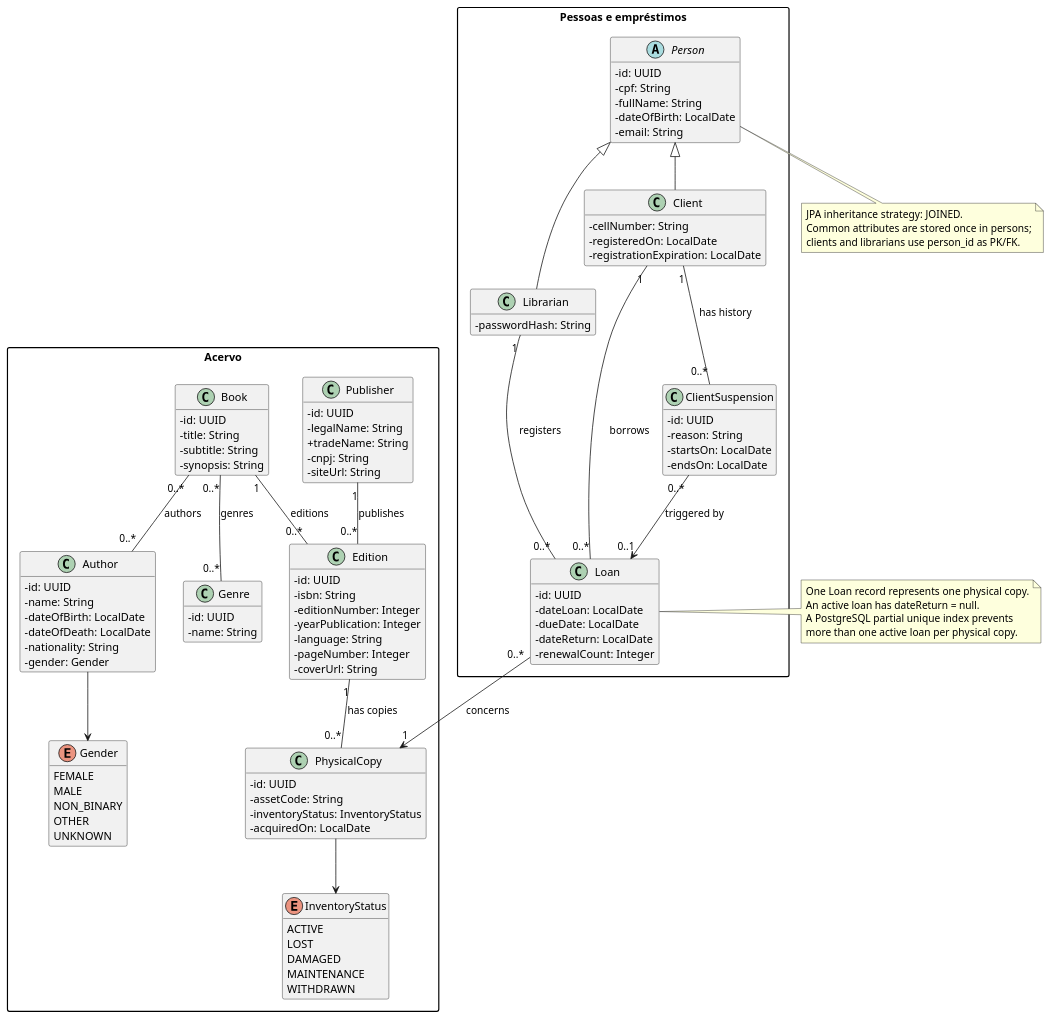
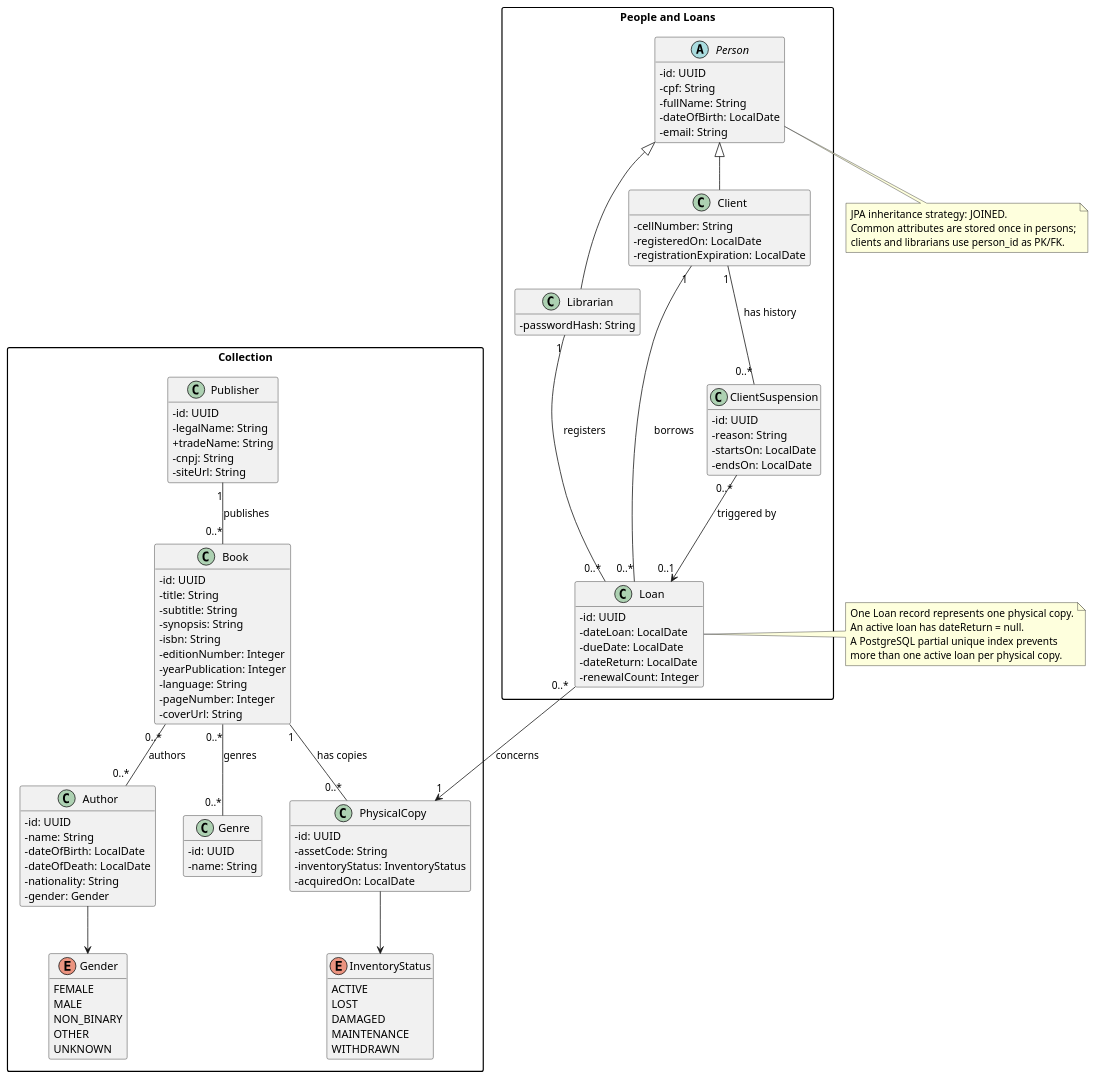
Before and after one commit to JoseCarlos67/BibliOneTeca-App: the diagram in docs/domain.puml, drawn with PlantUML. The commit also changed 5 other files, not shown here.

Commit message:
refactor: I made the decision to merge the Edition entity with the Book entity, in order to align with the project's objective

```diff
--- a/docs/domain.puml
+++ b/docs/domain.puml
@@ -1,120 +1,118 @@
 @startuml
 hide empty methods
 skinparam classAttributeIconSize 0
 skinparam packageStyle rectangle
 
-package "Acervo" {
+package "Collection" {
   class Book {
     -id: UUID
     -title: String
     -subtitle: String
     -synopsis: String
+    -isbn: String
+    -editionNumber: Integer
+    -yearPublication: Integer
+    -language: String
+    -pageNumber: Integer
+    -coverUrl: String
   }
   class Author {
     -id: UUID
     -name: String
     -dateOfBirth: LocalDate
     -dateOfDeath: LocalDate
     -nationality: String
     -gender: Gender
   }
   class Genre {
     -id: UUID
     -name: String
   }
   class Publisher {
     -id: UUID
     -legalName: String
     +tradeName: String
     -cnpj: String
     -siteUrl: String
   }
-  class Edition {
-    -id: UUID
-    -isbn: String
-    -editionNumber: Integer
-    -yearPublication: Integer
-    -language: String
-    -pageNumber: Integer
-    -coverUrl: String
-  }
   class PhysicalCopy {
     -id: UUID
     -assetCode: String
     -inventoryStatus: InventoryStatus
     -acquiredOn: LocalDate
   }
   enum InventoryStatus {
     ACTIVE
     LOST
     DAMAGED
     MAINTENANCE
     WITHDRAWN
   }
-enum Gender {
-FEMALE
-  MALE
-  NON_BINARY
-  OTHER
-  UNKNOWN
-}
+  enum Gender {
+    FEMALE
+    MALE
+    NON_BINARY
+    OTHER
+    UNKNOWN
+  }
+
   Book "0..*" -- "0..*" Author : authors
   Book "0..*" -- "0..*" Genre : genres
-  Book "1" -- "0..*" Edition : editions
-  Publisher "1" -- "0..*" Edition : publishes
-  Edition "1" -- "0..*" PhysicalCopy : has copies
+  Publisher "1" -- "0..*" Book : publishes
+  Book "1" -- "0..*" PhysicalCopy : has copies
   PhysicalCopy --> InventoryStatus
   Author --> Gender
 }
 
-package "Pessoas e empréstimos" {
+package "People and Loans" {
   abstract class Person {
     -id: UUID
     -cpf: String
     -fullName: String
     -dateOfBirth: LocalDate
     -email: String
   }
   class Librarian {
     -passwordHash: String
   }
   class Client {
     -cellNumber: String
     -registeredOn: LocalDate
     -registrationExpiration: LocalDate
   }
   class Loan {
     -id: UUID
     -dateLoan: LocalDate
     -dueDate: LocalDate
     -dateReturn: LocalDate
     -renewalCount: Integer
   }
   class ClientSuspension {
     -id: UUID
     -reason: String
     -startsOn: LocalDate
     -endsOn: LocalDate
   }
+
   Person <|-- Librarian
   Person <|-- Client
   Client "1" -- "0..*" Loan : borrows
   Librarian "1" -- "0..*" Loan : registers
   Loan "0..*" --> "1" PhysicalCopy : concerns
   Client "1" -- "0..*" ClientSuspension : has history
   ClientSuspension "0..*" --> "0..1" Loan : triggered by
 }
 
 note right of Loan
   One Loan record represents one physical copy.
   An active loan has dateReturn = null.
   A PostgreSQL partial unique index prevents
   more than one active loan per physical copy.
 end note
 
 note bottom of Person
   JPA inheritance strategy: JOINED.
   Common attributes are stored once in persons;
   clients and librarians use person_id as PK/FK.
 end note
 @enduml
```
